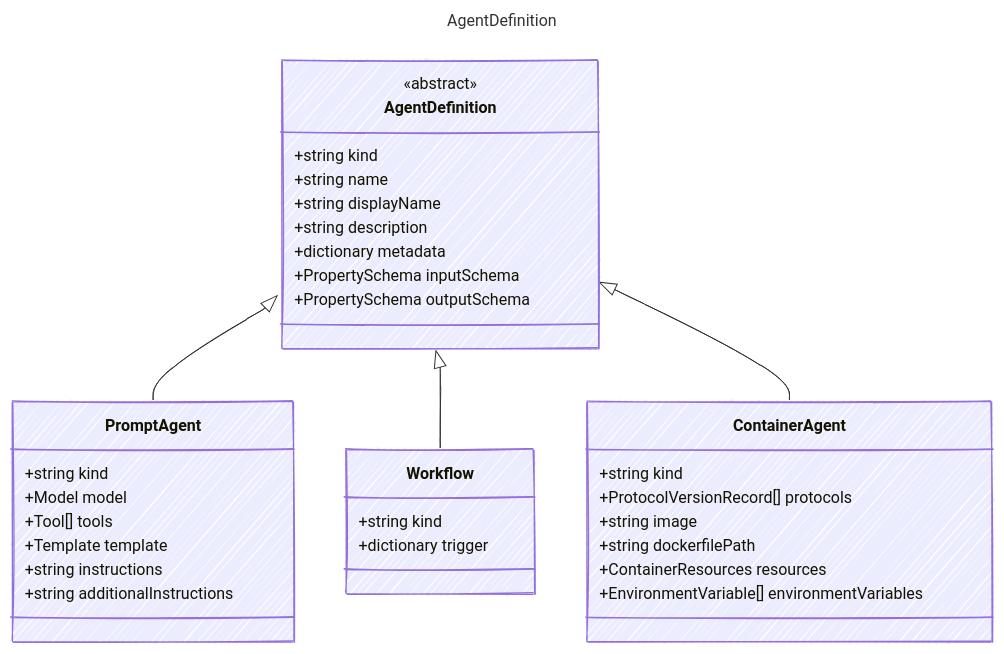
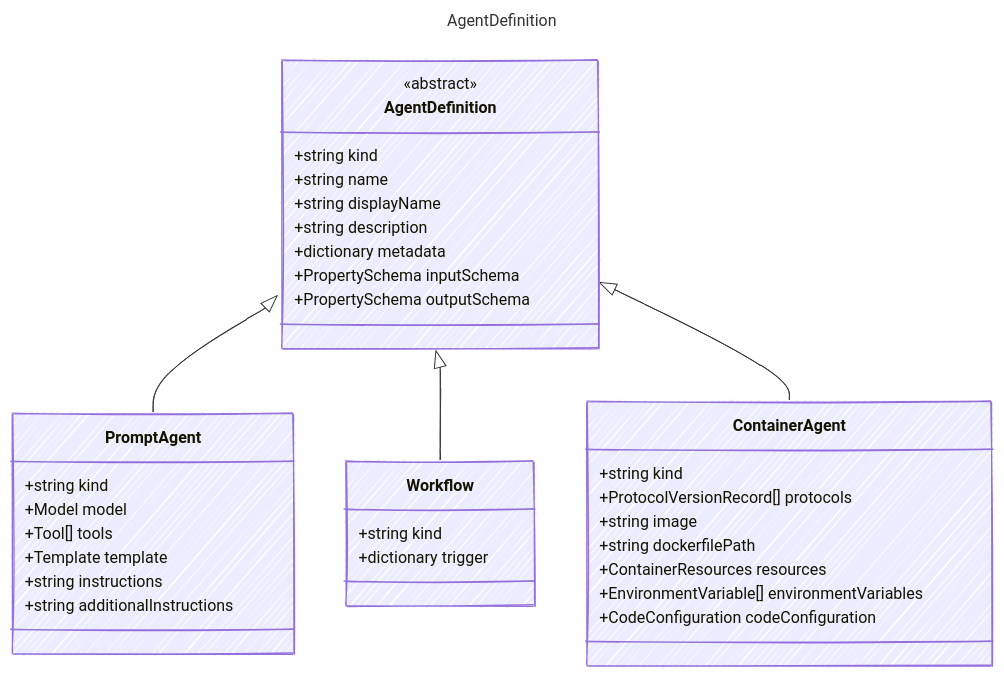
The diagram in docs/src/content/docs/reference/AgentDefinition.md (microsoft/AgentSchema), drawn with Mermaid before and after one commit. The commit also changed 81 other files, not shown here.

First line of the commit message:
feat: add CodeConfiguration model to ContainerAgent TypeSpec

````diff
--- a/docs/src/content/docs/reference/AgentDefinition.md
+++ b/docs/src/content/docs/reference/AgentDefinition.md
@@ -14,44 +14,45 @@
 ```mermaid
 ---
 title: AgentDefinition
 config:
   look: handDrawn
   theme: colorful
   class:
     hideEmptyMembersBox: true
 ---
 classDiagram
     class AgentDefinition {
       <<abstract>>
         +string kind
         +string name
         +string displayName
         +string description
         +dictionary metadata
         +PropertySchema inputSchema
         +PropertySchema outputSchema
     }
     class PromptAgent {
         +string kind
         +Model model
         +Tool[] tools
         +Template template
         +string instructions
         +string additionalInstructions
     }
     AgentDefinition <|-- PromptAgent
     class Workflow {
         +string kind
         +dictionary trigger
     }
     AgentDefinition <|-- Workflow
     class ContainerAgent {
         +string kind
         +ProtocolVersionRecord[] protocols
         +string image
         +string dockerfilePath
         +ContainerResources resources
         +EnvironmentVariable[] environmentVariables
+        +CodeConfiguration codeConfiguration
     }
     AgentDefinition <|-- ContainerAgent
 ```
````
